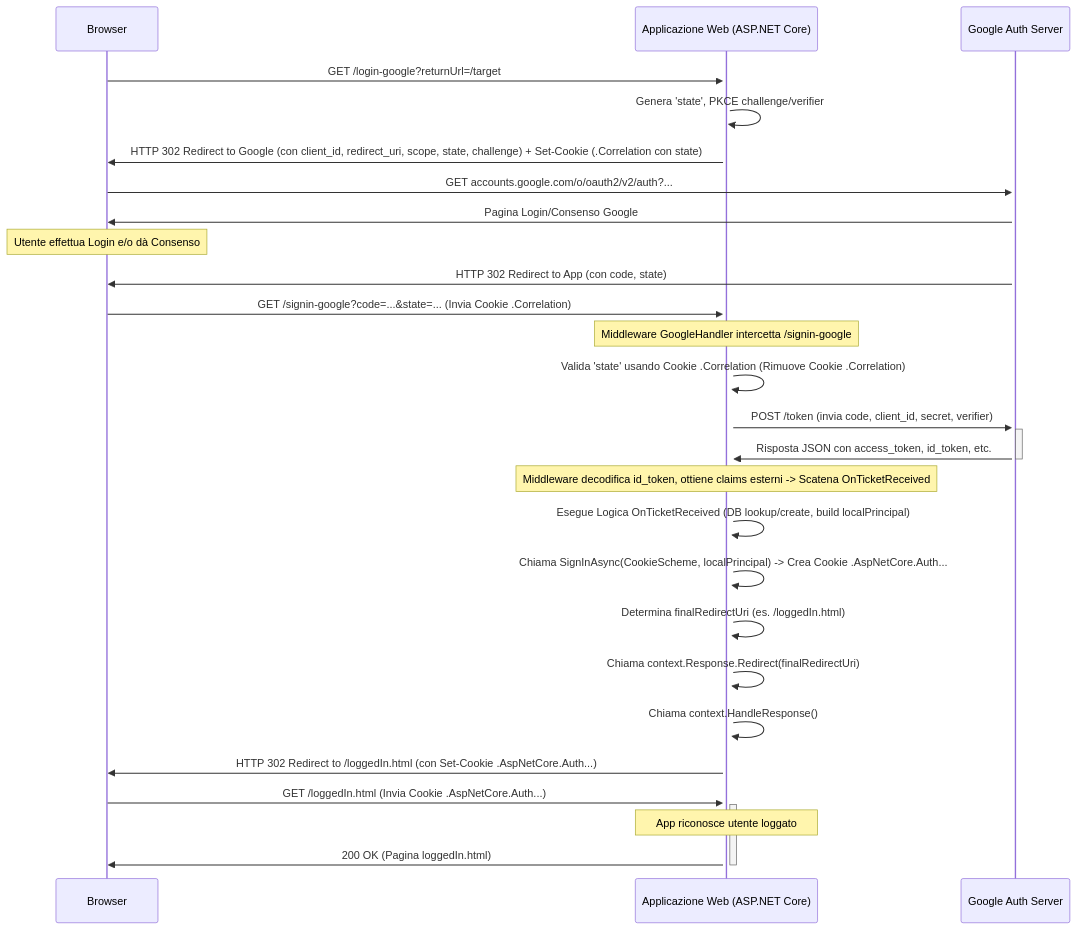
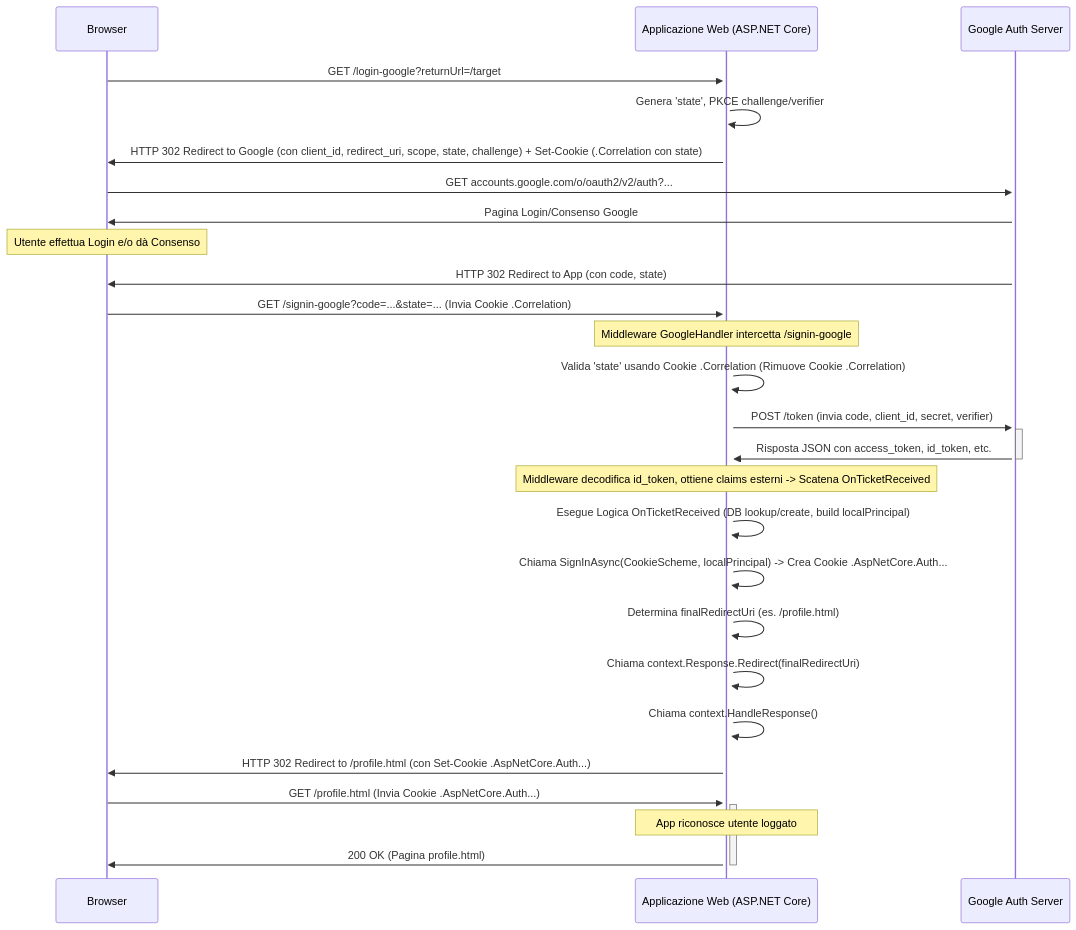
One commit to GreppiDev/Info5IA2425WebDev changed the first of 2 diagrams in asp.net/api-samples/minimal-api/Esami/2023/EducationalGames/indicazioni-sviluppo-progetto.md. Above: the diagram before and after it, drawn with Mermaid. The commit also changed other lines of this file and 35 other files, not shown here.

````diff
--- a/asp.net/api-samples/minimal-api/Esami/2023/EducationalGames/indicazioni-sviluppo-progetto.md
+++ b/asp.net/api-samples/minimal-api/Esami/2023/EducationalGames/indicazioni-sviluppo-progetto.md
@@ -1175,29 +1179,29 @@
 ```mermaid
 sequenceDiagram
     participant Browser
     participant AppServer as Applicazione Web (ASP.NET Core)
     participant GoogleServer as Google Auth Server
 
     Browser->>+AppServer: GET /login-google?returnUrl=/target
     AppServer->>AppServer: Genera 'state', PKCE challenge/verifier
     AppServer->>Browser: HTTP 302 Redirect to Google (con client_id, redirect_uri, scope, state, challenge) + Set-Cookie (.Correlation con state)
     Browser->>+GoogleServer: GET accounts.google.com/o/oauth2/v2/auth?...
     GoogleServer->>Browser: Pagina Login/Consenso Google
     Note over Browser: Utente effettua Login e/o dà Consenso
     GoogleServer->>Browser: HTTP 302 Redirect to App (con code, state)
     Browser->>+AppServer: GET /signin-google?code=...&state=... (Invia Cookie .Correlation)
     Note over AppServer: Middleware GoogleHandler intercetta /signin-google
     AppServer->>AppServer: Valida 'state' usando Cookie .Correlation (Rimuove Cookie .Correlation)
     AppServer->>+GoogleServer: POST /token (invia code, client_id, secret, verifier)
     GoogleServer->>-AppServer: Risposta JSON con access_token, id_token, etc.
     Note over AppServer: Middleware decodifica id_token, ottiene claims esterni -> Scatena OnTicketReceived
     AppServer->>AppServer: Esegue Logica OnTicketReceived (DB lookup/create, build localPrincipal)
     AppServer->>AppServer: Chiama SignInAsync(CookieScheme, localPrincipal) -> Crea Cookie .AspNetCore.Auth...
-    AppServer->>AppServer: Determina finalRedirectUri (es. /loggedIn.html)
+    AppServer->>AppServer: Determina finalRedirectUri (es. /profile.html)
     AppServer->>AppServer: Chiama context.Response.Redirect(finalRedirectUri)
     AppServer->>AppServer: Chiama context.HandleResponse()
-    AppServer->>Browser: HTTP 302 Redirect to /loggedIn.html (con Set-Cookie .AspNetCore.Auth...)
-    Browser->>+AppServer: GET /loggedIn.html (Invia Cookie .AspNetCore.Auth...)
+    AppServer->>Browser: HTTP 302 Redirect to /profile.html (con Set-Cookie .AspNetCore.Auth...)
+    Browser->>+AppServer: GET /profile.html (Invia Cookie .AspNetCore.Auth...)
     Note over AppServer: App riconosce utente loggato
-    AppServer->>-Browser: 200 OK (Pagina loggedIn.html)
+    AppServer->>-Browser: 200 OK (Pagina profile.html)
 ```
````
